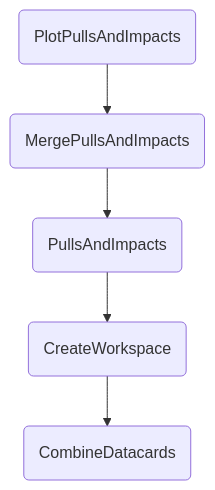
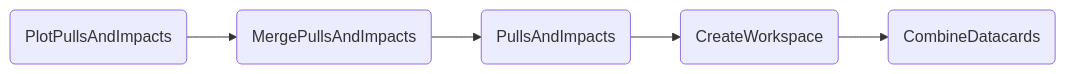
One commit to cms-hh/inference_tools changed the diagram in docs/content/tasks/pullsandimpacts.md. Above: the diagram before and after it, drawn with Mermaid. The commit also changed other lines of this file and 2 other files, not shown here.

````diff
--- a/docs/content/tasks/pullsandimpacts.md
+++ b/docs/content/tasks/pullsandimpacts.md
@@ -13,7 +16,7 @@
-    ```mermaid
-    graph TD;
-        A(PlotPullsAndImpacts) --> B(MergePullsAndImpacts);
-        B --> C(PullsAndImpacts);
-        C --> D(CreateWorkspace);
-        D --> E(CombineDatacards);
-    ```
+```mermaid
+graph LR;
+    A(PlotPullsAndImpacts) --> B(MergePullsAndImpacts);
+    B --> C(PullsAndImpacts);
+    C --> D(CreateWorkspace);
+    D --> E(CombineDatacards);
+```
````
